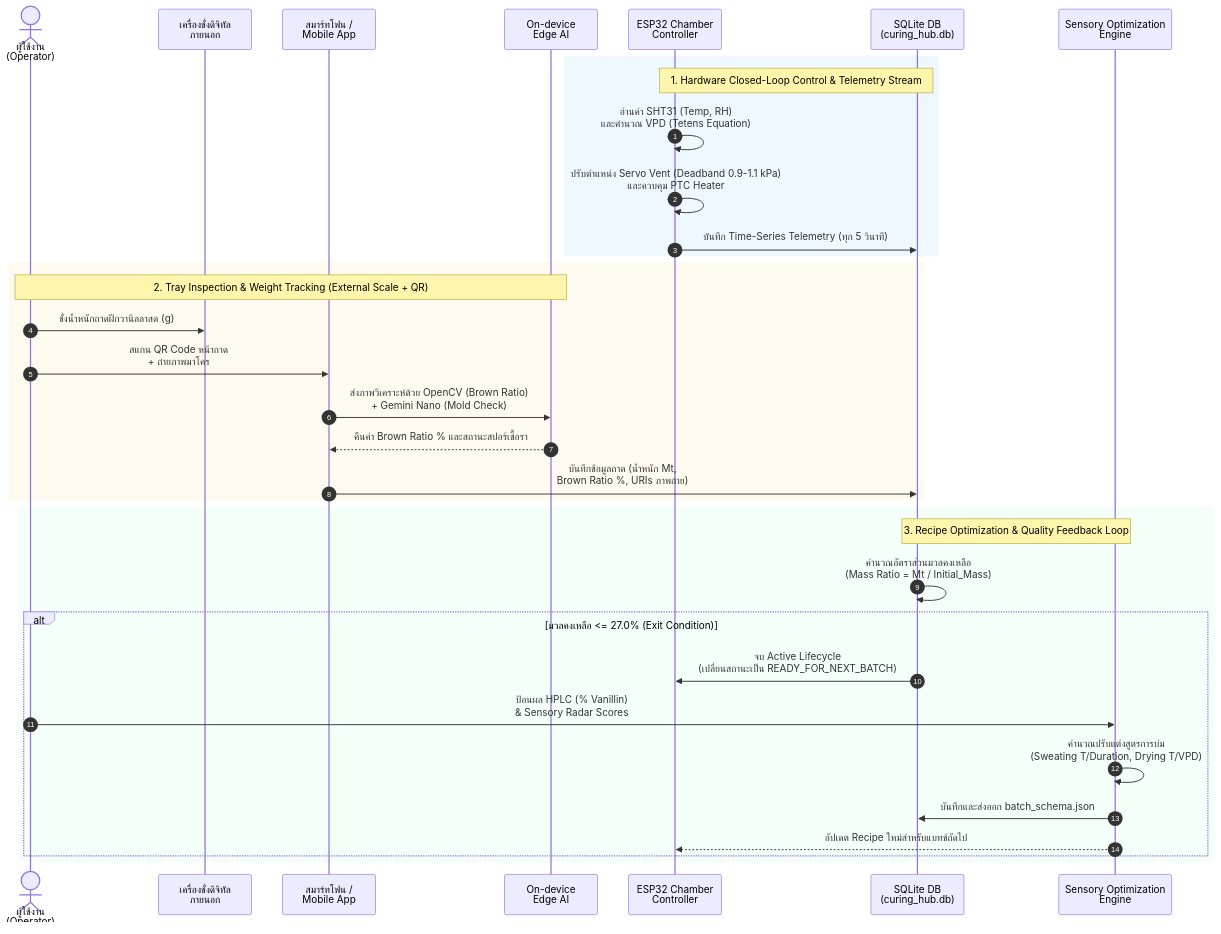
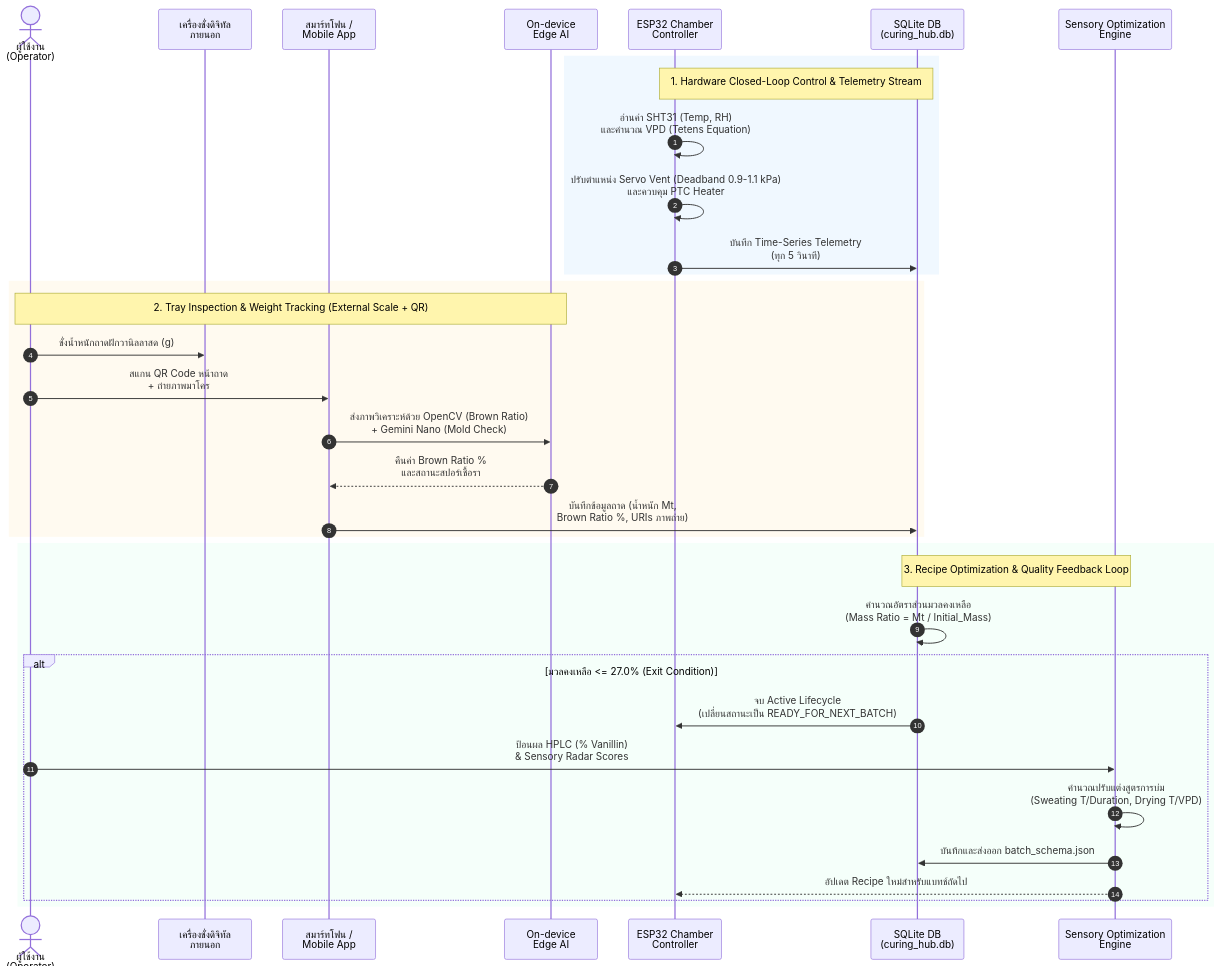
One commit to rongrithp/vanilla-curing-hub changed the second of 2 diagrams in DATA_PIPELINE.md. Above: the diagram before and after it, drawn with Mermaid. The commit also changed other lines of this file, not shown here.

Commit message:
style: dramatically increase text font size inside all mermaid diagrams to 24px

````diff
--- a/DATA_PIPELINE.md
+++ b/DATA_PIPELINE.md
@@ -52,40 +54,40 @@
 ```mermaid
-%%{init: { 'sequence': { 'actorFontSize': 20, 'messageFontSize': 18, 'noteFontSize': 18, 'labelFontSize': 18, 'boxTextMargin': 12 }, 'themeVariables': { 'fontSize': '18px', 'fontFamily': 'sans-serif' } } }%%
+%%{init: { 'sequence': { 'actorFontSize': 24, 'messageFontSize': 22, 'noteFontSize': 22, 'labelFontSize': 22, 'boxTextMargin': 15, 'noteMargin': 15 }, 'themeVariables': { 'fontSize': '24px', 'fontFamily': 'sans-serif' } } }%%
 sequenceDiagram
     autonumber
     actor Operator as ผู้ใช้งาน<br/>(Operator)
     participant Scale as เครื่องชั่งดิจิทัล<br/>ภายนอก
     participant Phone as สมาร์ทโฟน /<br/>Mobile App
     participant EdgeAI as On-device<br/>Edge AI
     participant ESP32 as ESP32 Chamber<br/>Controller
     participant DB as SQLite DB<br/>(curing_hub.db)
     participant OptEngine as Sensory Optimization<br/>Engine
 
     rect rgb(240, 248, 255)
         note over ESP32, DB: 1. Hardware Closed-Loop Control & Telemetry Stream
         ESP32->>ESP32: อ่านค่า SHT31 (Temp, RH)<br/>และคำนวณ VPD (Tetens Equation)
         ESP32->>ESP32: ปรับตำแหน่ง Servo Vent (Deadband 0.9-1.1 kPa)<br/>และควบคุม PTC Heater
-        ESP32->>DB: บันทึก Time-Series Telemetry (ทุก 5 วินาที)
+        ESP32->>DB: บันทึก Time-Series Telemetry<br/>(ทุก 5 วินาที)
     end
 
     rect rgb(255, 250, 240)
         note over Operator, EdgeAI: 2. Tray Inspection & Weight Tracking (External Scale + QR)
         Operator->>Scale: ชั่งน้ำหนักถาดฝักวานิลลาสด (g)
         Operator->>Phone: สแกน QR Code หน้าถาด<br/>+ ถ่ายภาพมาโคร
         Phone->>EdgeAI: ส่งภาพวิเคราะห์ด้วย OpenCV (Brown Ratio)<br/>+ Gemini Nano (Mold Check)
-        EdgeAI-->>Phone: คืนค่า Brown Ratio % และสถานะสปอร์เชื้อรา
+        EdgeAI-->>Phone: คืนค่า Brown Ratio %<br/>และสถานะสปอร์เชื้อรา
         Phone->>DB: บันทึกข้อมูลถาด (น้ำหนัก Mt,<br/>Brown Ratio %, URIs ภาพถ่าย)
     end
 
     rect rgb(245, 255, 250)
         note over DB, OptEngine: 3. Recipe Optimization & Quality Feedback Loop
         DB->>DB: คำนวณอัตราส่วนมวลคงเหลือ<br/>(Mass Ratio = Mt / Initial_Mass)
         alt มวลคงเหลือ <= 27.0% (Exit Condition)
             DB->>ESP32: จบ Active Lifecycle<br/>(เปลี่ยนสถานะเป็น READY_FOR_NEXT_BATCH)
             Operator->>OptEngine: ป้อนผล HPLC (% Vanillin)<br/>& Sensory Radar Scores
             OptEngine->>OptEngine: คำนวณปรับแต่งสูตรการบ่ม<br/>(Sweating T/Duration, Drying T/VPD)
             OptEngine->>DB: บันทึกและส่งออก batch_schema.json
             OptEngine-->>ESP32: อัปเดต Recipe ใหม่สำหรับแบทช์ถัดไป
         end
     end
 ```
````
